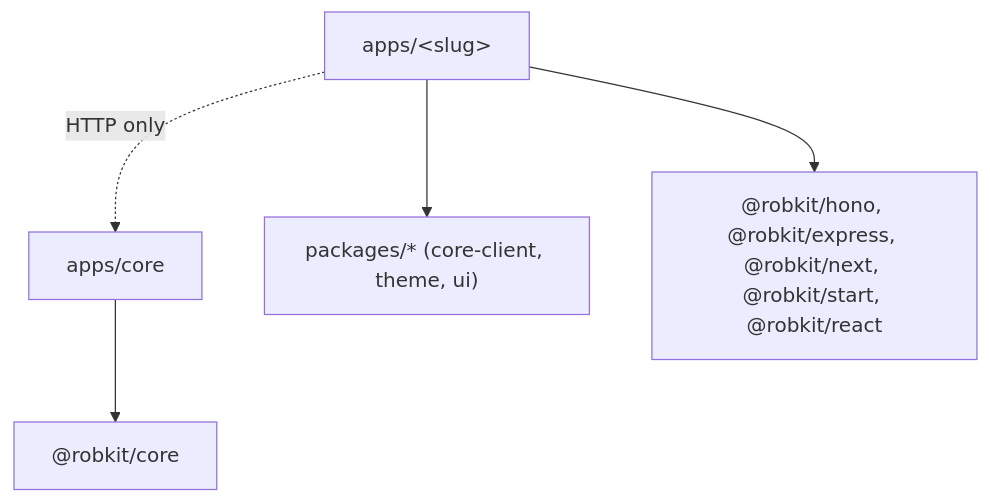
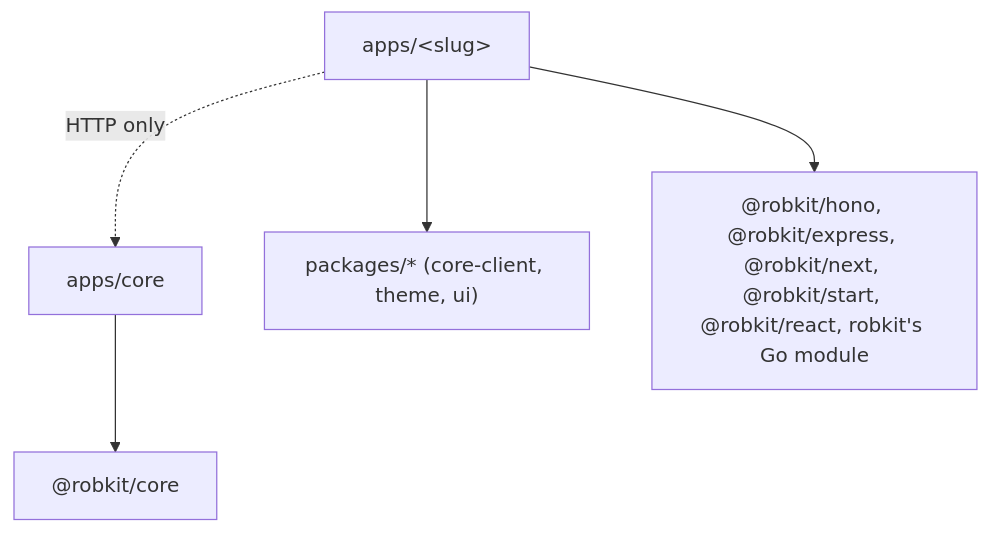
One commit to RobertScholey98/robkit changed the fifth of 5 diagrams in docs/architecture.md. Above: the diagram before and after it, drawn with Mermaid. The commit also changed other lines of this file and 4 other files, not shown here.

Commit message:
Document the React + Go stack and its Go module

````diff
--- a/docs/architecture.md
+++ b/docs/architecture.md
@@ -155,13 +157,13 @@
 ```mermaid
 flowchart TD
   app["apps/&lt;slug&gt;"]
   coreApp["apps/core"]
   shared["packages/* (core-client, theme, ui)"]
-  adapters["@robkit/hono, @robkit/express, @robkit/next, @robkit/start, @robkit/react"]
+  adapters["@robkit/hono, @robkit/express, @robkit/next, @robkit/start, @robkit/react, robkit's Go module"]
   robkitCore["@robkit/core"]
 
   app --> shared
   app --> adapters
   coreApp --> robkitCore
   app -. HTTP only .-> coreApp
 ```
````
